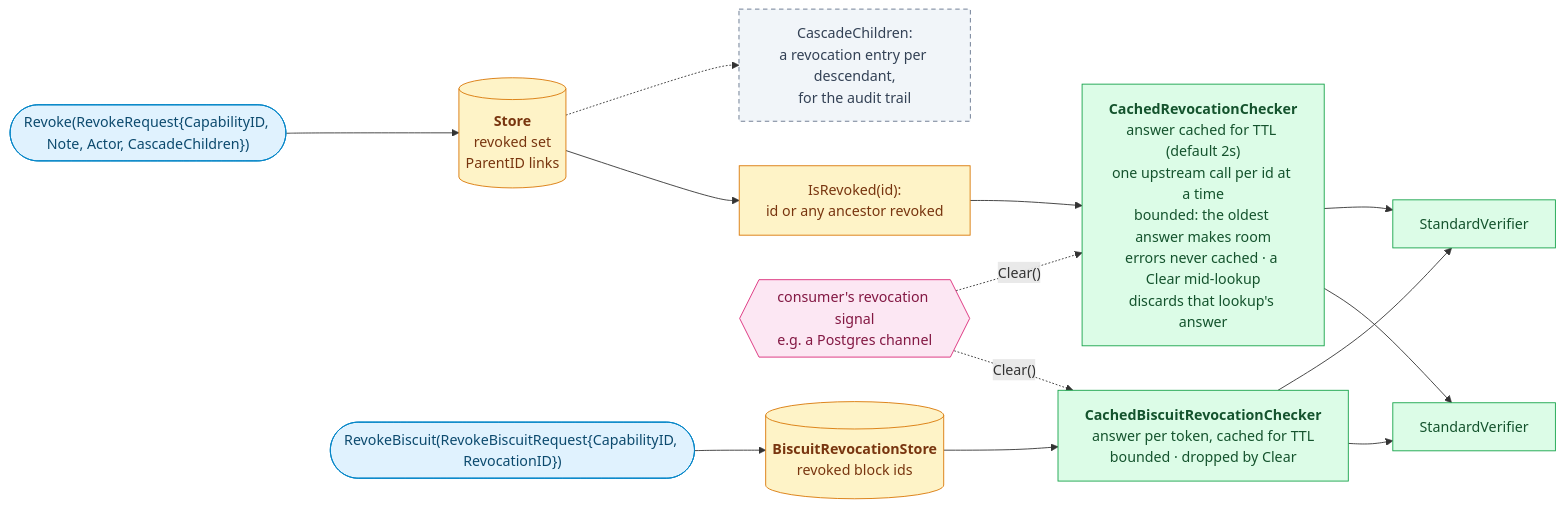
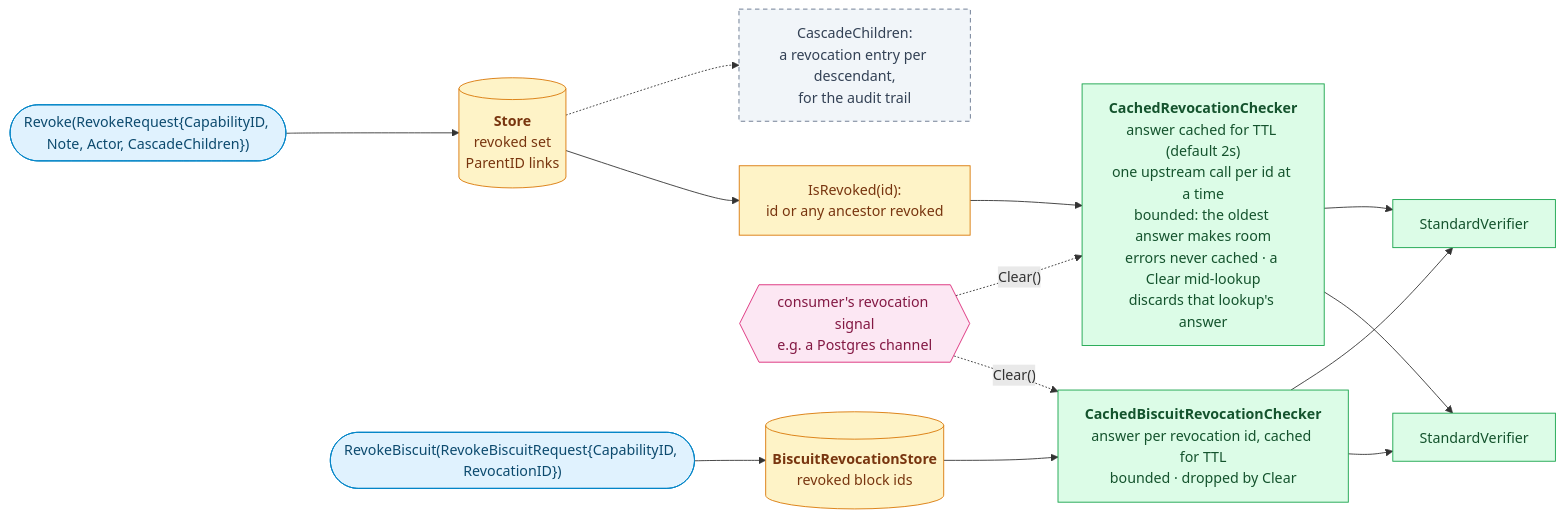
Diagram 11 of 11 in docs/diagrams.md (oleg-tkachuk/limes), drawn with Mermaid before and after one commit. The commit also changed other lines of this file and 2 other files, not shown here.

Commit message:
perf(biscuit): cache biscuit revocations per id
Keyed by a token's whole id list, every fresh attenuation — which any
holder can make offline — missed the cache and went to the store. Per id,
only the new block's id is looked up.

````diff
--- a/docs/diagrams.md
+++ b/docs/diagrams.md
@@ -699,36 +699,36 @@
 ```mermaid
 flowchart LR
     op(["Revoke(RevokeRequest{CapabilityID, Note, Actor, CascadeChildren})"])
     store[("<b>Store</b><br/>revoked set<br/>ParentID links")]
     cascade["CascadeChildren:<br/>a revocation entry per descendant,<br/>for the audit trail"]
     chain["IsRevoked(id):<br/>id or any ancestor revoked"]
     cache["<b>CachedRevocationChecker</b><br/>answer cached for TTL (default 2s)<br/>one upstream call per id at a time<br/>bounded: the oldest answer makes room<br/>errors never cached · a Clear mid-lookup<br/>discards that lookup's answer"]
     notify{{"consumer's revocation signal<br/>e.g. a Postgres channel"}}
     bop(["RevokeBiscuit(RevokeBiscuitRequest{CapabilityID, RevocationID})"])
     blist[("<b>BiscuitRevocationStore</b><br/>revoked block ids")]
-    bcache["<b>CachedBiscuitRevocationChecker</b><br/>answer per token, cached for TTL<br/>bounded · dropped by Clear"]
+    bcache["<b>CachedBiscuitRevocationChecker</b><br/>answer per revocation id, cached for TTL<br/>bounded · dropped by Clear"]
     v1["StandardVerifier"]
     v2["StandardVerifier"]
 
     op --> store
     store -.-> cascade
     store --> chain --> cache
     cache --> v1
     cache --> v2
     notify -. "Clear()" .-> cache
     bop --> blist --> bcache
     bcache --> v1
     bcache --> v2
     notify -. "Clear()" .-> bcache
 
     classDef client fill:#E0F2FE,stroke:#0284C7,color:#0C4A6E
     classDef role fill:#DCFCE7,stroke:#16A34A,color:#14532D
     classDef optional fill:#F1F5F9,stroke:#64748B,color:#334155,stroke-dasharray:5 4
     classDef store fill:#FEF3C7,stroke:#D97706,color:#78350F
     classDef external fill:#FCE7F3,stroke:#DB2777,color:#831843
     class op,bop client
     class v1,v2,cache,bcache role
     class cascade optional
     class store,chain,blist store
     class notify external
 ```
````
